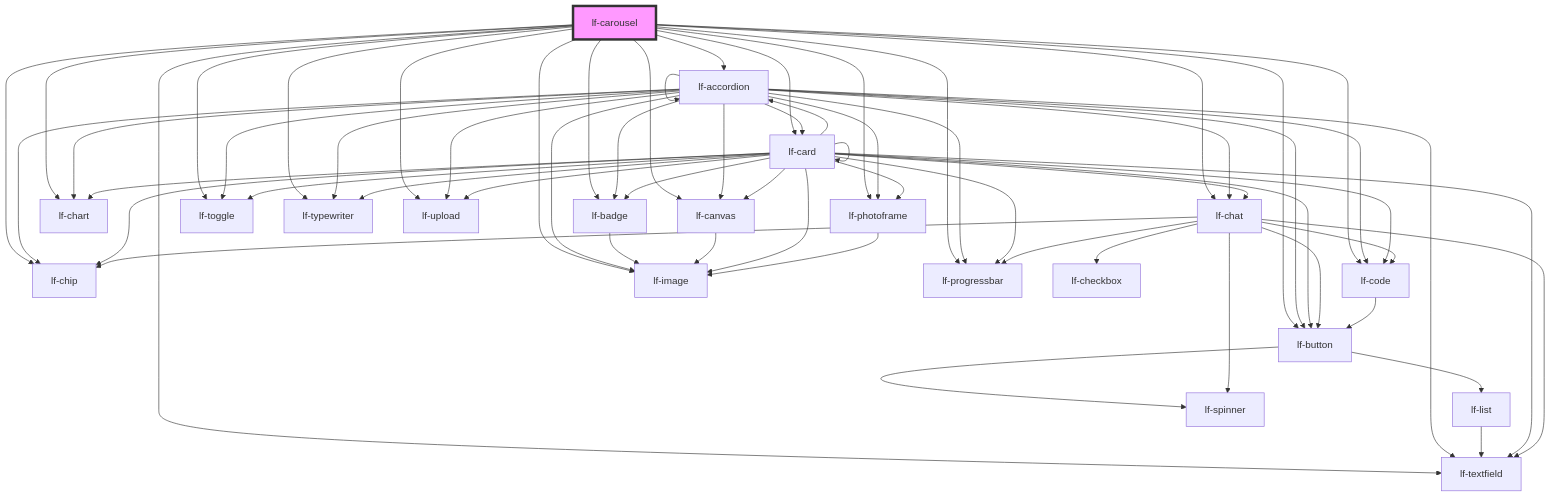
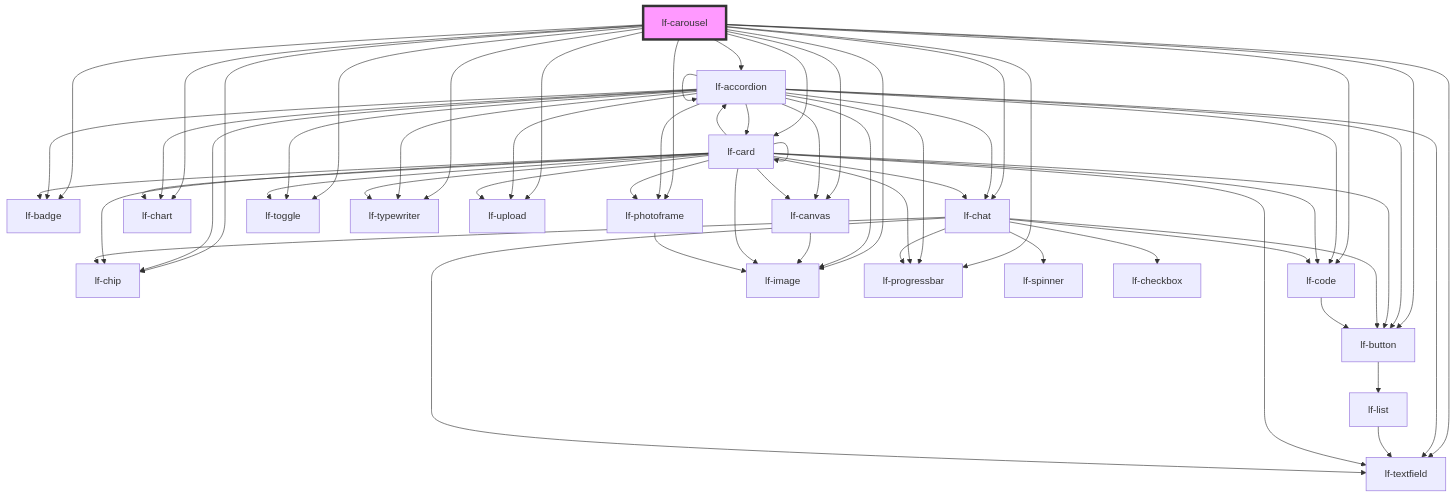
The diagram in packages/core/src/components/lf-carousel/readme.md (lucafoscili/lf-widgets), drawn with Mermaid before and after one commit. The commit also changed 74 other files, not shown here.

First line of the commit message:
chore: Refactor to functional component architecture for UI rendering

````diff
--- a/packages/core/src/components/lf-carousel/readme.md
+++ b/packages/core/src/components/lf-carousel/readme.md
@@ -157,66 +157,64 @@
 ```mermaid
 graph TD;
   lf-carousel --> lf-accordion
   lf-carousel --> lf-badge
   lf-carousel --> lf-button
   lf-carousel --> lf-canvas
   lf-carousel --> lf-card
   lf-carousel --> lf-chart
   lf-carousel --> lf-chat
   lf-carousel --> lf-chip
   lf-carousel --> lf-code
   lf-carousel --> lf-image
   lf-carousel --> lf-photoframe
   lf-carousel --> lf-progressbar
   lf-carousel --> lf-textfield
   lf-carousel --> lf-toggle
   lf-carousel --> lf-typewriter
   lf-carousel --> lf-upload
   lf-accordion --> lf-accordion
   lf-accordion --> lf-badge
   lf-accordion --> lf-button
   lf-accordion --> lf-canvas
   lf-accordion --> lf-card
   lf-accordion --> lf-chart
   lf-accordion --> lf-chat
   lf-accordion --> lf-chip
   lf-accordion --> lf-code
   lf-accordion --> lf-image
   lf-accordion --> lf-photoframe
   lf-accordion --> lf-progressbar
   lf-accordion --> lf-textfield
   lf-accordion --> lf-toggle
   lf-accordion --> lf-typewriter
   lf-accordion --> lf-upload
-  lf-badge --> lf-image
   lf-button --> lf-list
-  lf-button --> lf-spinner
   lf-list --> lf-textfield
   lf-canvas --> lf-image
   lf-card --> lf-accordion
   lf-card --> lf-badge
   lf-card --> lf-button
   lf-card --> lf-canvas
   lf-card --> lf-card
   lf-card --> lf-chart
   lf-card --> lf-chat
   lf-card --> lf-chip
   lf-card --> lf-code
   lf-card --> lf-image
   lf-card --> lf-photoframe
   lf-card --> lf-progressbar
   lf-card --> lf-textfield
   lf-card --> lf-toggle
   lf-card --> lf-typewriter
   lf-card --> lf-upload
   lf-chat --> lf-chip
   lf-chat --> lf-button
   lf-chat --> lf-textfield
   lf-chat --> lf-spinner
   lf-chat --> lf-code
   lf-chat --> lf-progressbar
   lf-chat --> lf-checkbox
   lf-code --> lf-button
   lf-photoframe --> lf-image
   style lf-carousel fill:#f9f,stroke:#333,stroke-width:4px
 ```
````
